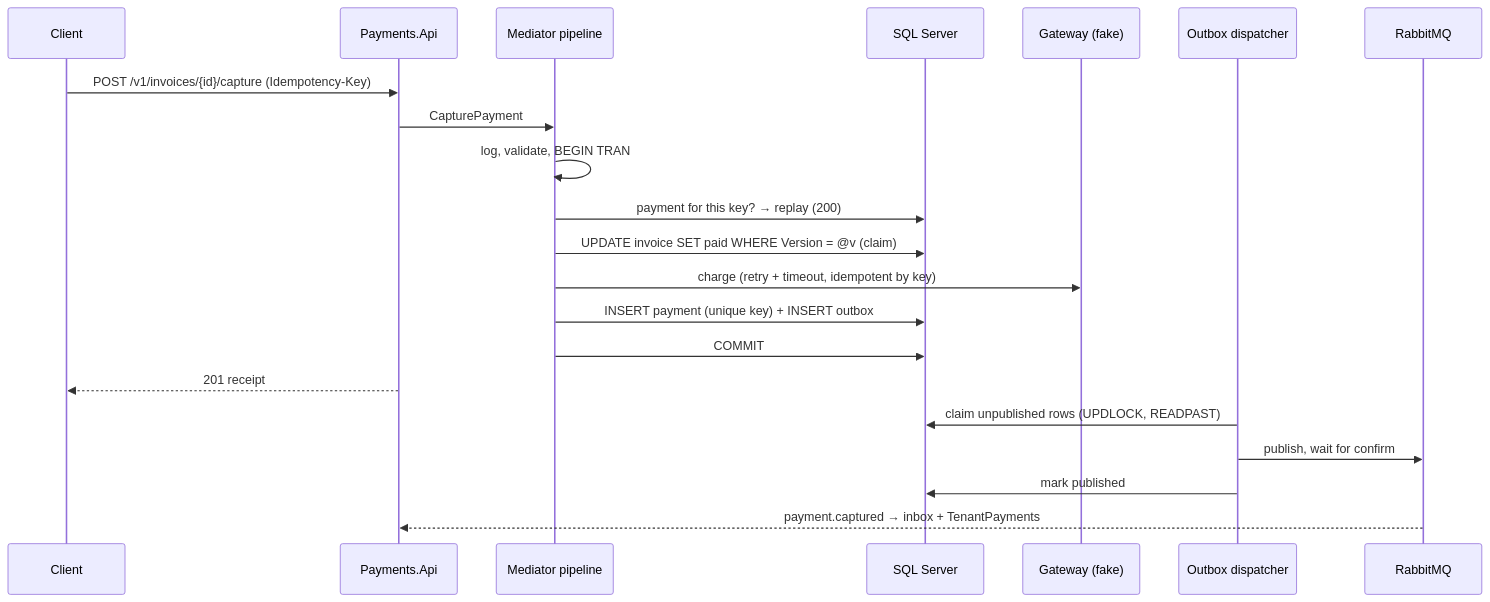
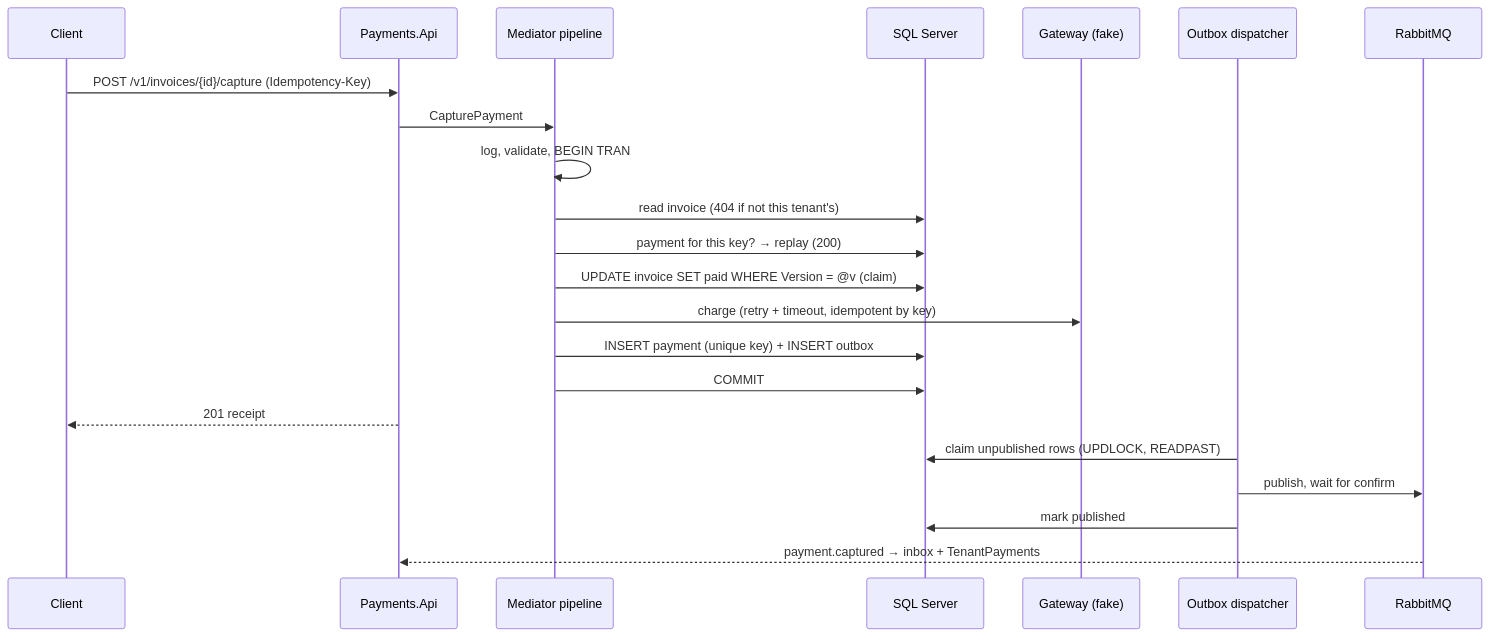
Before and after one commit to Arggon/dotnet-batchyard: the fourth of 5 diagrams in docs/architecture.md, drawn with Mermaid.

Commit message:
docs(architecture): show the invoice read before the key lookup

````diff
--- a/docs/architecture.md
+++ b/docs/architecture.md
@@ -78,23 +78,24 @@
 ```mermaid
 sequenceDiagram
     participant C as Client
     participant A as Payments.Api
     participant M as Mediator pipeline
     participant S as SQL Server
     participant G as Gateway (fake)
     participant D as Outbox dispatcher
     participant R as RabbitMQ
     C->>A: POST /v1/invoices/{id}/capture (Idempotency-Key)
     A->>M: CapturePayment
     M->>M: log, validate, BEGIN TRAN
+    M->>S: read invoice (404 if not this tenant's)
     M->>S: payment for this key? → replay (200)
     M->>S: UPDATE invoice SET paid WHERE Version = @v (claim)
     M->>G: charge (retry + timeout, idempotent by key)
     M->>S: INSERT payment (unique key) + INSERT outbox
     M->>S: COMMIT
     A-->>C: 201 receipt
     D->>S: claim unpublished rows (UPDLOCK, READPAST)
     D->>R: publish, wait for confirm
     D->>S: mark published
     R-->>A: payment.captured → inbox + TenantPayments
 ```
````
